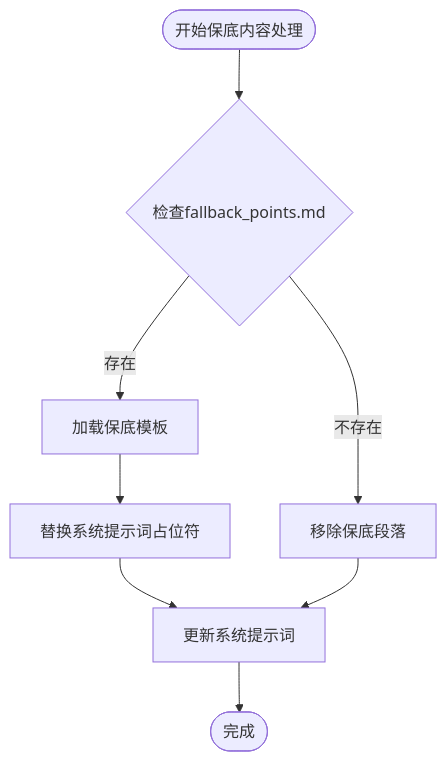
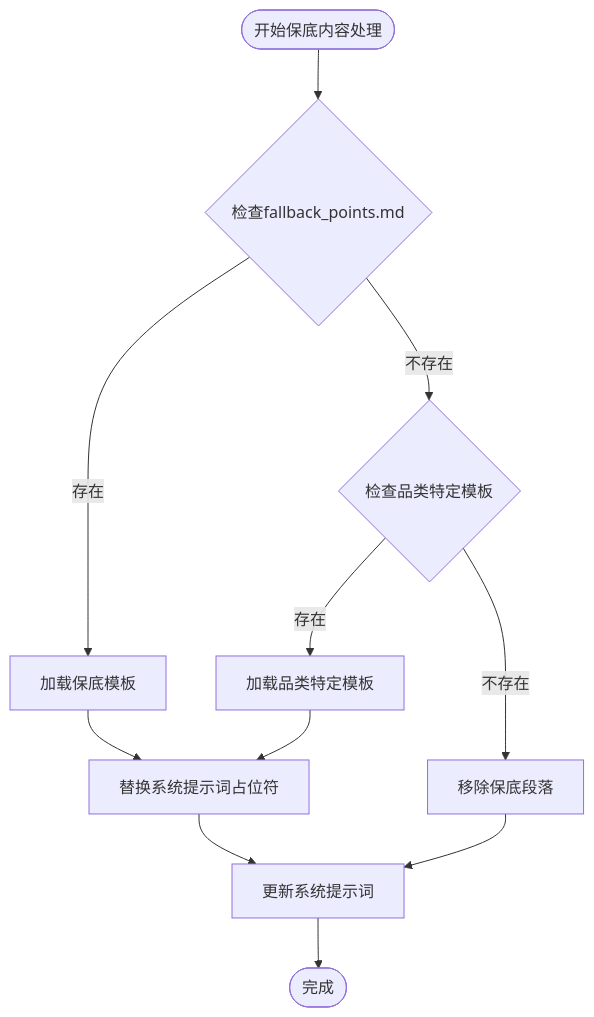
Before and after one commit to WongMingJiu/landingpage-test-hero-page: diagram 16 of 23 in .qoder/repowiki/zh/content/配置和定制/配置和定制.md, drawn with Mermaid. The commit also changed other lines of this file and 6 other files, not shown here.

````diff
--- a/.qoder/repowiki/zh/content/配置和定制/配置和定制.md
+++ b/.qoder/repowiki/zh/content/配置和定制/配置和定制.md
@@ -569,10 +801,13 @@
 ```mermaid
 flowchart TD
 Start([开始保底内容处理]) --> CheckFile{检查fallback_points.md}
 CheckFile --> |存在| LoadTemplate[加载保底模板]
-CheckFile --> |不存在| RemoveSection[移除保底段落]
+CheckFile --> |不存在| CheckCategoryFallback{检查品类特定模板}
+CheckCategoryFallback --> |存在| LoadCategoryTemplate[加载品类特定模板]
+CheckCategoryFallback --> |不存在| RemoveSection[移除保底段落]
 LoadTemplate --> ReplacePlaceholders[替换系统提示词占位符]
+LoadCategoryTemplate --> ReplacePlaceholders
 ReplacePlaceholders --> UpdateSystemPrompt[更新系统提示词]
 RemoveSection --> UpdateSystemPrompt
 UpdateSystemPrompt --> End([完成])
 ```
````
